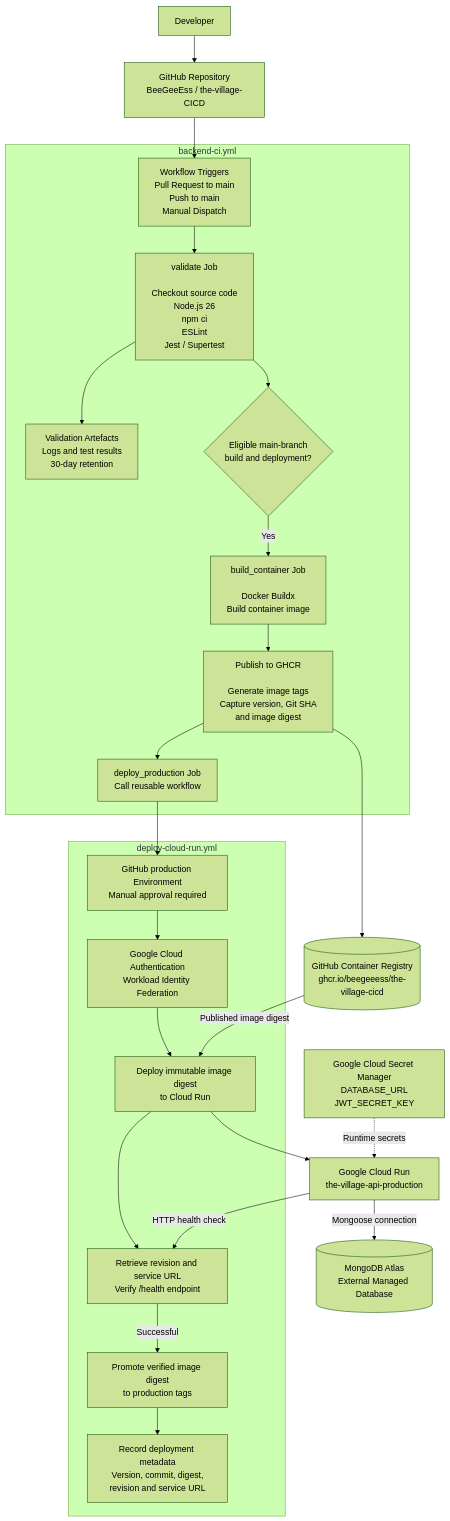
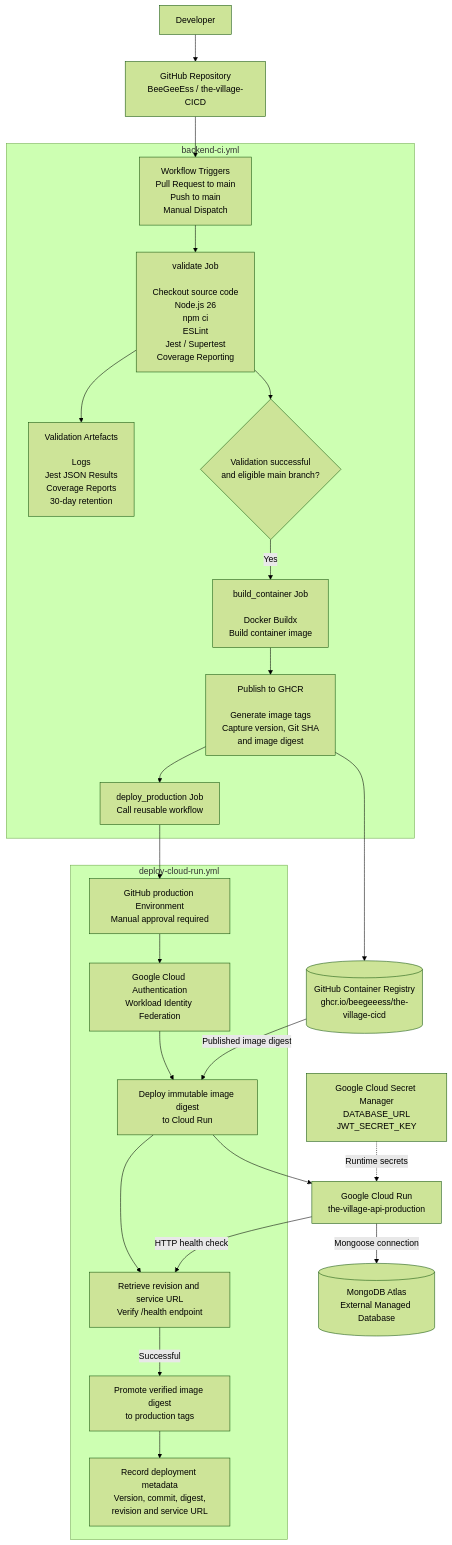
Before and after one commit to BeeGeeEss/the-village-CICD: the third of 4 diagrams in application-architecture.md, drawn with Mermaid (forest theme). The commit also changed other lines of this file and 5 other files, not shown here.

Commit message:
DOCS: Test coverage and README updates

````diff
--- a/application-architecture.md
+++ b/application-architecture.md
@@ -292,66 +342,66 @@
 ```mermaid
 flowchart TB
     DEV["Developer"]
     REPO["GitHub Repository<br/>BeeGeeEss / the-village-CICD"]
 
     subgraph MAIN["backend-ci.yml"]
         TRIGGER["Workflow Triggers<br/>Pull Request to main<br/>Push to main<br/>Manual Dispatch"]
 
-        VALIDATE["validate Job<br/><br/>Checkout source code<br/>Node.js 26<br/>npm ci<br/>ESLint<br/>Jest / Supertest"]
+        VALIDATE["validate Job<br/><br/>Checkout source code<br/>Node.js 26<br/>npm ci<br/>ESLint<br/>Jest / Supertest<br/>Coverage Reporting"]
 
-        ARTIFACTS["Validation Artefacts<br/>Logs and test results<br/>30-day retention"]
+        ARTIFACTS["Validation Artefacts<br/><br/>Logs<br/>Jest JSON Results<br/>Coverage Reports<br/>30-day retention"]
 
-        CONDITION{"Eligible main-branch<br/>build and deployment?"}
+        CONDITION{"Validation successful<br/>and eligible main branch?"}
 
         BUILD["build_container Job<br/><br/>Docker Buildx<br/>Build container image"]
 
         PUBLISH["Publish to GHCR<br/><br/>Generate image tags<br/>Capture version, Git SHA<br/>and image digest"]
 
         DEPLOYJOB["deploy_production Job<br/>Call reusable workflow"]
 
         TRIGGER --> VALIDATE
         VALIDATE --> ARTIFACTS
         VALIDATE --> CONDITION
         CONDITION -->|"Yes"| BUILD
         BUILD --> PUBLISH
         PUBLISH --> DEPLOYJOB
     end
 
     GHCR[("GitHub Container Registry<br/>ghcr.io/beegeeess/the-village-cicd")]
 
     subgraph REUSABLE["deploy-cloud-run.yml"]
         APPROVAL["GitHub production Environment<br/>Manual approval required"]
 
         AUTH["Google Cloud Authentication<br/>Workload Identity Federation"]
 
         DEPLOY["Deploy immutable image digest<br/>to Cloud Run"]
 
         HEALTH["Retrieve revision and service URL<br/>Verify /health endpoint"]
 
         PROMOTE["Promote verified image digest<br/>to production tags"]
 
         METADATA["Record deployment metadata<br/>Version, commit, digest,<br/>revision and service URL"]
 
         APPROVAL --> AUTH
         AUTH --> DEPLOY
         DEPLOY --> HEALTH
         HEALTH -->|"Successful"| PROMOTE
         PROMOTE --> METADATA
     end
 
     CLOUD["Google Cloud Run<br/>the-village-api-production"]
 
     SECRETS["Google Cloud Secret Manager<br/>DATABASE_URL<br/>JWT_SECRET_KEY"]
 
     DB[("MongoDB Atlas<br/>External Managed Database")]
 
     DEV --> REPO
     REPO --> TRIGGER
     PUBLISH --> GHCR
     DEPLOYJOB --> APPROVAL
     GHCR -->|"Published image digest"| DEPLOY
     DEPLOY --> CLOUD
     SECRETS -.->|"Runtime secrets"| CLOUD
     CLOUD -->|"HTTP health check"| HEALTH
     CLOUD -->|"Mongoose connection"| DB
 ```
````
